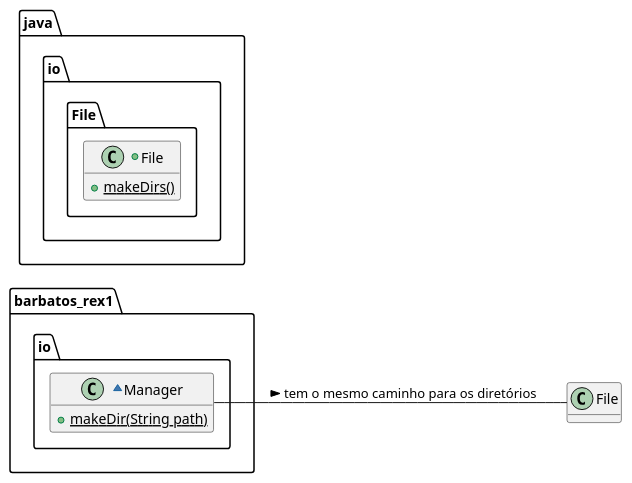
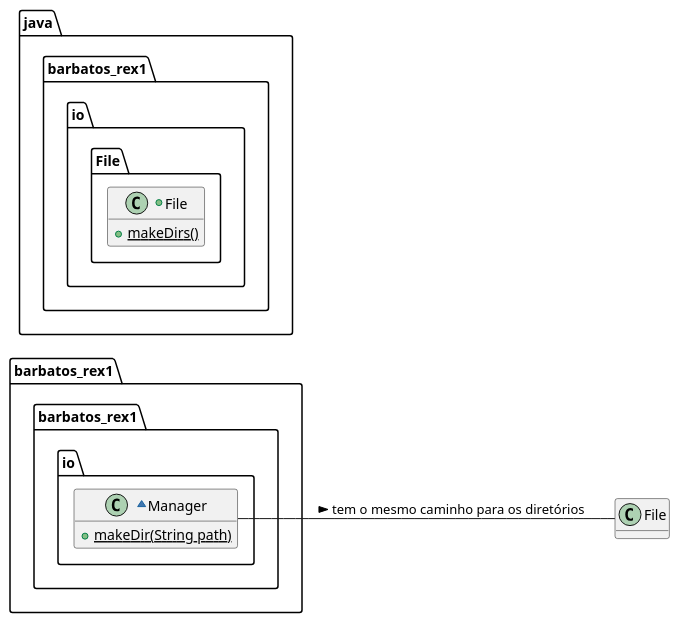
The diagram in docs/UC1_MD.puml (Barbatos-Rex/IOLib), drawn with PlantUML before and after one commit. The commit also changed 105 other files, not shown here.

```diff
--- a/docs/UC1_MD.puml
+++ b/docs/UC1_MD.puml
@@ -1,16 +1,16 @@
 @startuml
 left to right direction
 hide fields
-package barbatos_rex1.io{
+package barbatos_rex1.barbatos_rex1.io{
     ~class Manager{
         {static}+makeDir(String path)
     }
 }
-package java.io.File{
+package java.barbatos_rex1.io.File{
     +class File{
         {static}+makeDirs()
     }
 }
 Manager -- File : tem o mesmo caminho para os diretórios >
 
 @enduml
```
